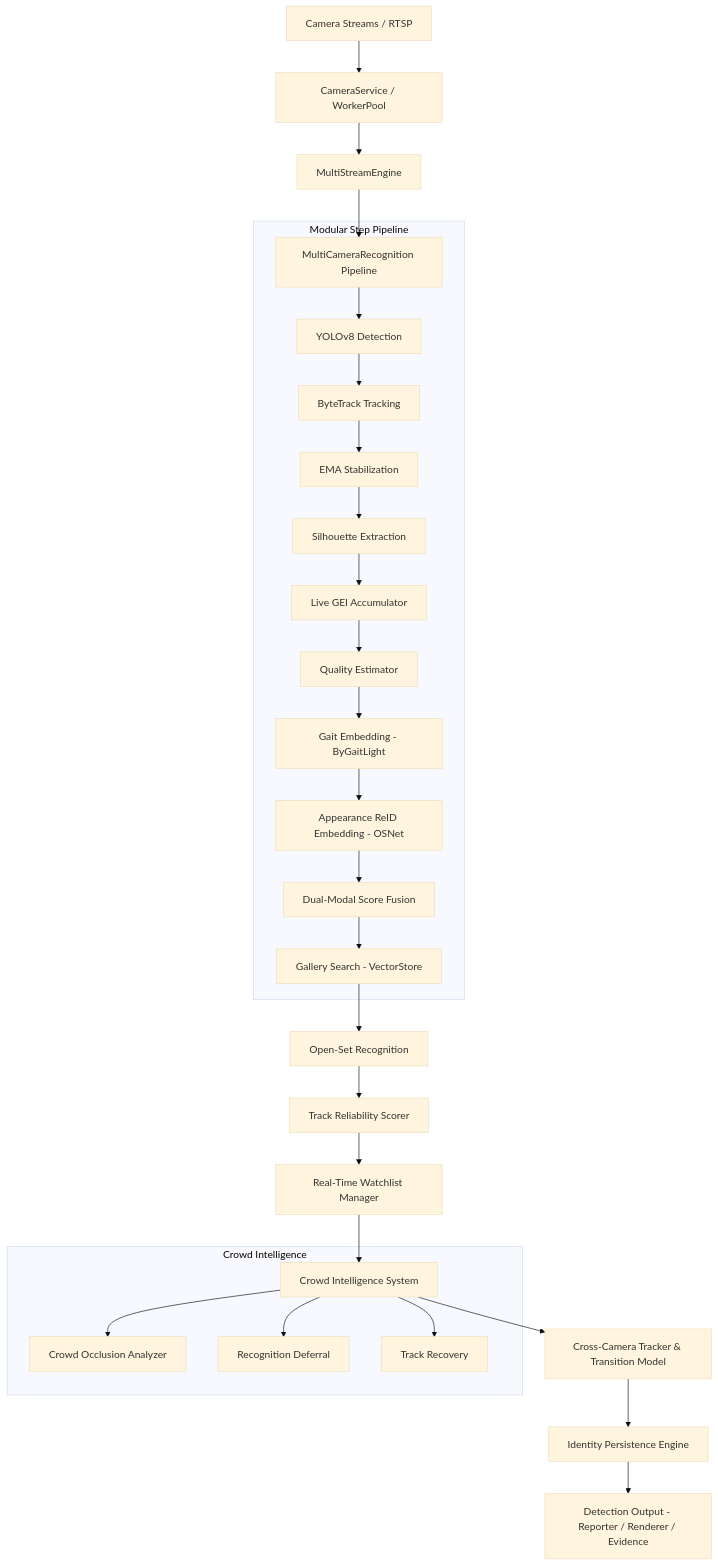
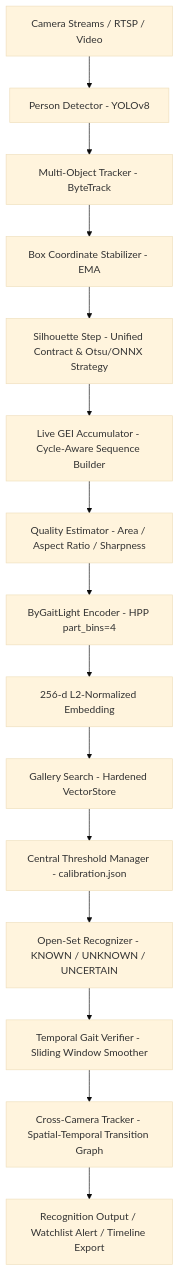
Before and after one commit to chanuka8/argus-gait-recognition: the diagram in README.md, drawn with Mermaid (base theme). The commit also changed other lines of this file and 1 other file, not shown here.

Commit message:
Update README for current ARGUS architecture and evaluation status

````diff
--- a/README.md
+++ b/README.md
@@ -201,34 +68,17 @@
 ```mermaid
 graph TD
-    RTSP[Camera Streams / RTSP] --> CS[CameraService / WorkerPool]
-    CS --> MSE[MultiStreamEngine]
-    MSE --> MCR[MultiCameraRecognition Pipeline]
-    
-    subgraph Modular Step Pipeline
-        MCR --> DET[YOLOv8 Detection]
-        DET --> TRK[ByteTrack Tracking]
-        TRK --> EMA[EMA Stabilization]
-        EMA --> SIL[Silhouette Extraction]
-        SIL --> GEI[Live GEI Accumulator]
-        GEI --> QUA[Quality Estimator]
-        QUA --> FEA[Gait Embedding - ByGaitLight]
-        FEA --> APP[Appearance ReID Embedding - OSNet]
-        APP --> FUS[Dual-Modal Score Fusion]
-        FUS --> MAT[Gallery Search - VectorStore]
-    end
-
-    MAT --> OSR[Open-Set Recognition]
-    OSR --> TRS[Track Reliability Scorer]
-    TRS --> WLM[Real-Time Watchlist Manager]
-    WLM --> CIS[Crowd Intelligence System]
-    
-    subgraph Crowd Intelligence
-        CIS --> COA[Crowd Occlusion Analyzer]
-        CIS --> RDE[Recognition Deferral]
-        CIS --> TRM[Track Recovery]
-    end
-
-    CIS --> CCT[Cross-Camera Tracker & Transition Model]
-    CCT --> IDP[Identity Persistence Engine]
-    IDP --> REP[Detection Output - Reporter / Renderer / Evidence]
+    Input[Camera Streams / RTSP / Video] --> DET[Person Detector - YOLOv8]
+    DET --> TRK[Multi-Object Tracker - ByteTrack]
+    TRK --> EMA[Box Coordinate Stabilizer - EMA]
+    EMA --> SIL[Silhouette Step - Unified Contract & Otsu/ONNX Strategy]
+    SIL --> GEI[Live GEI Accumulator - Cycle-Aware Sequence Builder]
+    GEI --> QUA[Quality Estimator - Area / Aspect Ratio / Sharpness]
+    QUA --> FEA[ByGaitLight Encoder - HPP part_bins=4]
+    FEA --> EMB[256-d L2-Normalized Embedding]
+    EMB --> VEC[Gallery Search - Hardened VectorStore]
+    VEC --> THR[Central Threshold Manager - calibration.json]
+    THR --> OSR[Open-Set Recognizer - KNOWN / UNKNOWN / UNCERTAIN]
+    OSR --> TPV[Temporal Gait Verifier - Sliding Window Smoother]
+    TPV --> CCT[Cross-Camera Tracker - Spatial-Temporal Transition Graph]
+    CCT --> OUT[Recognition Output / Watchlist Alert / Timeline Export]
 ```
````
